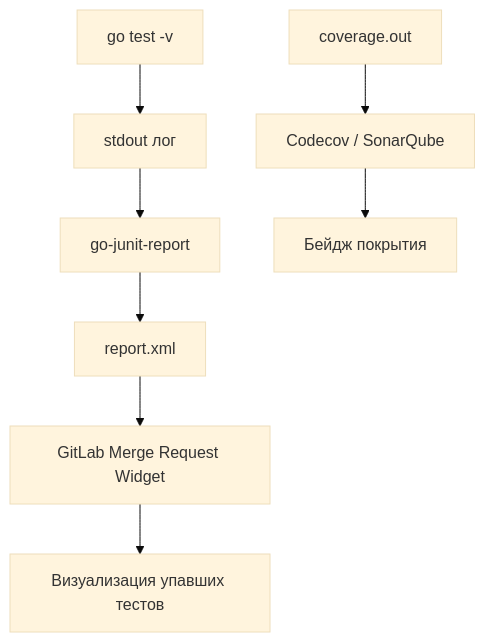
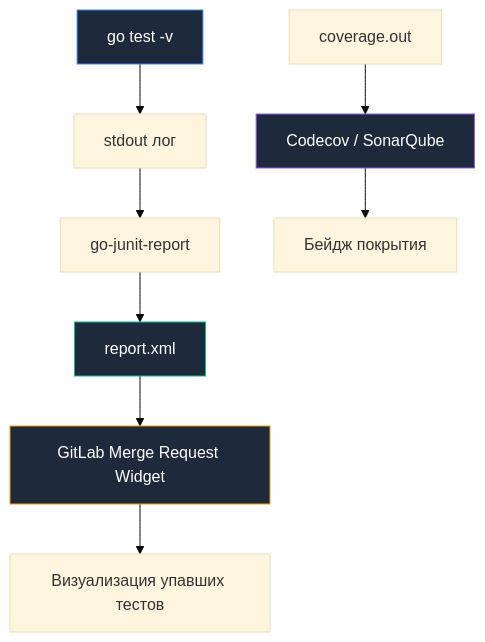
The diagram in sources/8. Инфраструктура языка, Тулинг и CI_CD/29. Тестирование в CI.md (UnrealTemplier/go-textbook), drawn with Mermaid (base theme) before and after one commit. The commit also changed other lines of this file, not shown here.

````diff
--- a/sources/8. Инфраструктура языка, Тулинг и CI_CD/29. Тестирование в CI.md
+++ b/sources/8. Инфраструктура языка, Тулинг и CI_CD/29. Тестирование в CI.md
@@ -41,12 +49,17 @@
 ```mermaid
 flowchart TD
     A["go test -v"] --> B["stdout лог"]
     B --> C["go-junit-report"]
     C --> D["report.xml"]
     
     D --> E["GitLab Merge Request Widget"]
     E --> F["Визуализация упавших тестов"]
     
     G["coverage.out"] --> H["Codecov / SonarQube"]
     H --> I["Бейдж покрытия"]
+    
+    style A fill:#1e293b,stroke:#3b82f6,color:#fff
+    style D fill:#1e293b,stroke:#10b981,color:#fff
+    style E fill:#1e293b,stroke:#f59e0b,color:#fff
+    style H fill:#1e293b,stroke:#8b5cf6,color:#fff
 ```
````
